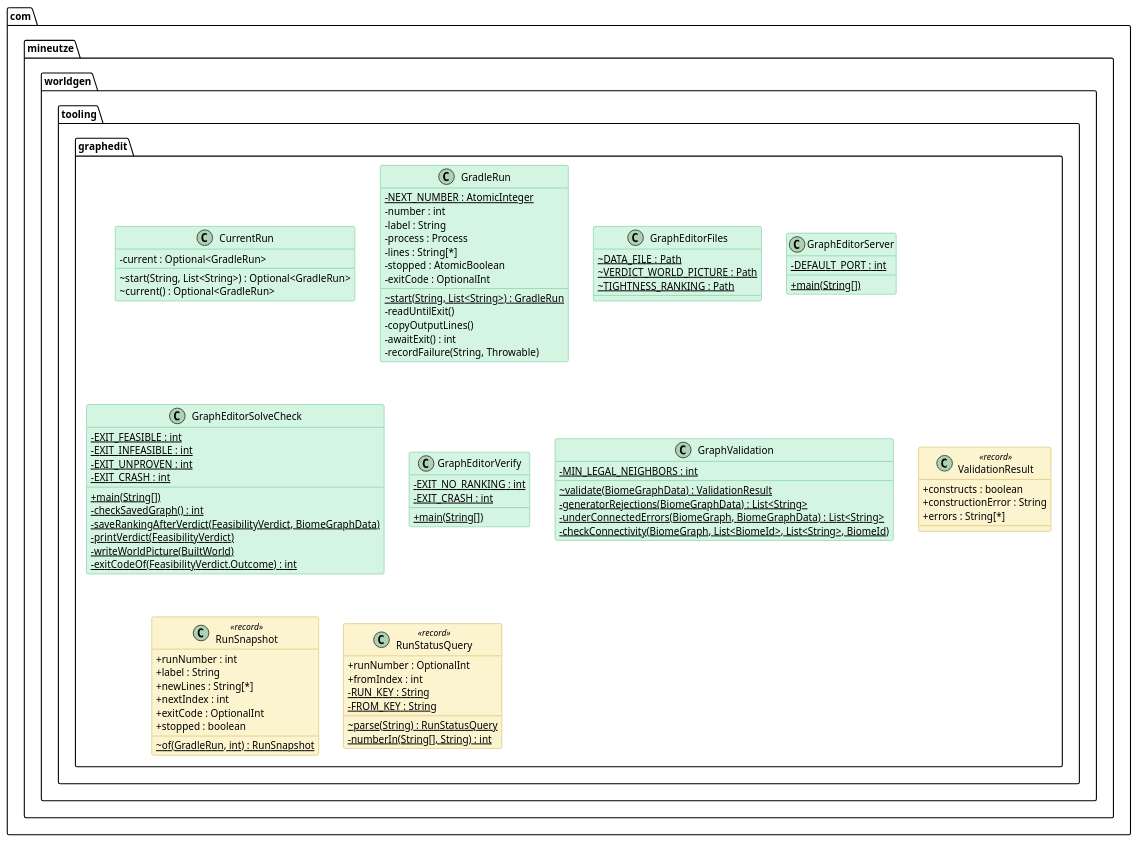
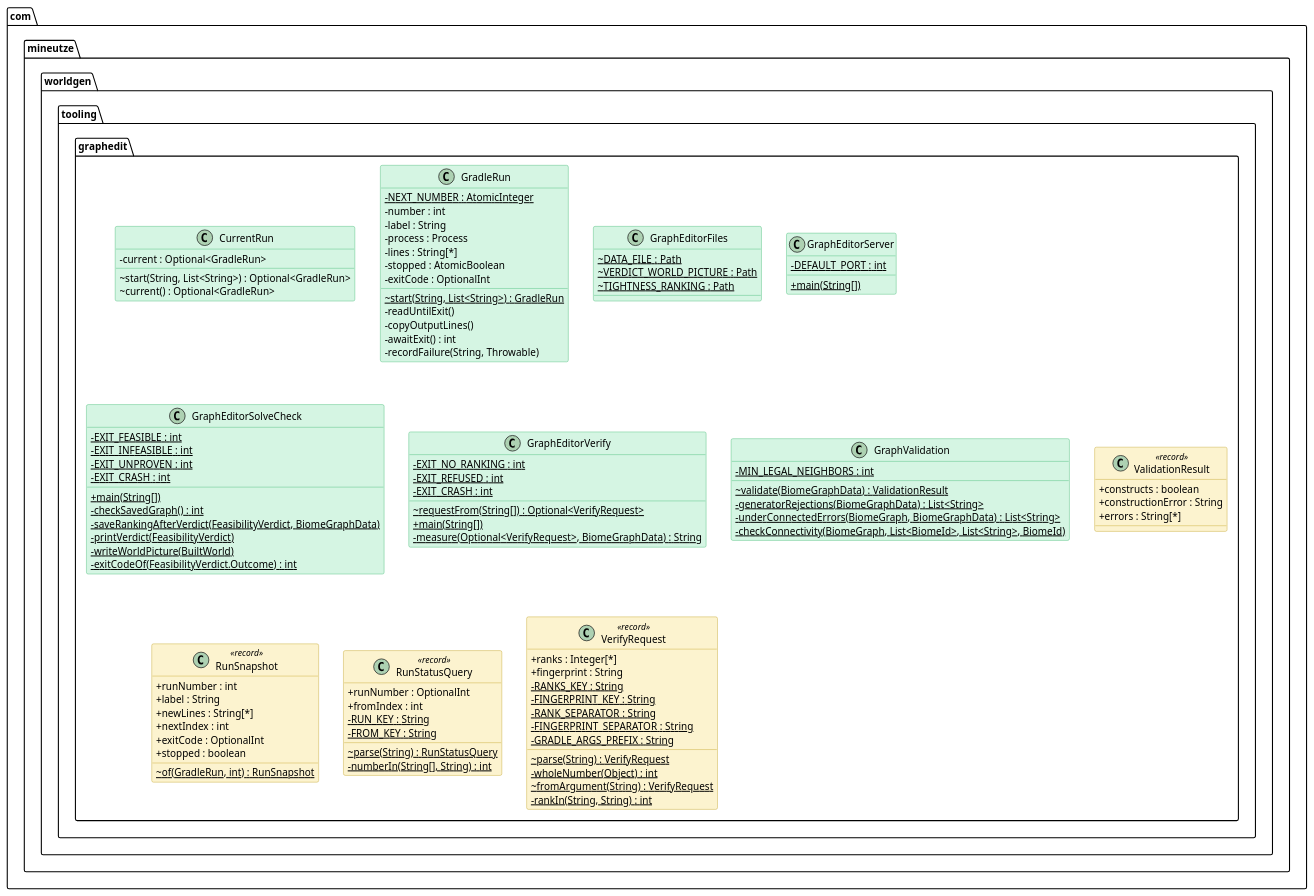
One commit to Boulede987/Mine-Utz changed the diagram in companion-mods/mineutze-worldgen/doc/Modelisation/Packages/graphedit.puml. Above: the diagram before and after it, drawn with PlantUML. The commit also changed 41 other files, not shown here.

Commit message:
docs(worldgen): regenerate class diagrams for Verify picks

```diff
--- a/companion-mods/mineutze-worldgen/doc/Modelisation/Packages/graphedit.puml
+++ b/companion-mods/mineutze-worldgen/doc/Modelisation/Packages/graphedit.puml
@@ -1,114 +1,130 @@
 @startuml graphedit
 
 skinparam classAttributeIconSize 0
 skinparam shadowing false
 
 skinparam class {
   BackgroundColor<<interface>> #D6EAF8
   BorderColor<<interface>> #2E86C1
 }
 skinparam class {
   BackgroundColor<<abstract>> #E8DAEF
   BorderColor<<abstract>> #8E44AD
 }
 skinparam class {
   BackgroundColor #D5F5E3
   BorderColor #27AE60
 }
 skinparam class {
   BackgroundColor<<record>> #FCF3CF
   BorderColor<<record>> #B7950B
 }
 skinparam class {
   BackgroundColor<<static>> #a7faa0
   BorderColor<<static>> #38d610
 }
 skinparam class {
   BackgroundColor<<enum>> #F5B7B1
   BorderColor<<enum>> #C0392B
 }
 
 skinparam class {
   BackgroundColor<<external>> #EAECEE
   BorderColor<<external>> #839192
 }
 
 namespace com.mineutze.worldgen.tooling.graphedit {
 class CurrentRun {
   - current : Optional<GradleRun>
   ~ start(String, List<String>) : Optional<GradleRun>
   ~ current() : Optional<GradleRun>
 }
 class GradleRun {
   - {static} NEXT_NUMBER : AtomicInteger
   - number : int
   - label : String
   - process : Process
   - lines : String[*]
   - stopped : AtomicBoolean
   - exitCode : OptionalInt
   ~ {static} start(String, List<String>) : GradleRun
   - readUntilExit()
   - copyOutputLines()
   - awaitExit() : int
   - recordFailure(String, Throwable)
 }
 class GraphEditorFiles {
   ~ {static} DATA_FILE : Path
   ~ {static} VERDICT_WORLD_PICTURE : Path
   ~ {static} TIGHTNESS_RANKING : Path
 }
 class GraphEditorServer {
   - {static} DEFAULT_PORT : int
   + {static} main(String[])
 }
 class GraphEditorSolveCheck {
   - {static} EXIT_FEASIBLE : int
   - {static} EXIT_INFEASIBLE : int
   - {static} EXIT_UNPROVEN : int
   - {static} EXIT_CRASH : int
   + {static} main(String[])
   - {static} checkSavedGraph() : int
   - {static} saveRankingAfterVerdict(FeasibilityVerdict, BiomeGraphData)
   - {static} printVerdict(FeasibilityVerdict)
   - {static} writeWorldPicture(BuiltWorld)
   - {static} exitCodeOf(FeasibilityVerdict.Outcome) : int
 }
 class GraphEditorVerify {
   - {static} EXIT_NO_RANKING : int
+  - {static} EXIT_REFUSED : int
   - {static} EXIT_CRASH : int
+  ~ {static} requestFrom(String[]) : Optional<VerifyRequest>
   + {static} main(String[])
+  - {static} measure(Optional<VerifyRequest>, BiomeGraphData) : String
 }
 class GraphValidation {
   - {static} MIN_LEGAL_NEIGHBORS : int
   ~ {static} validate(BiomeGraphData) : ValidationResult
   - {static} generatorRejections(BiomeGraphData) : List<String>
   - {static} underConnectedErrors(BiomeGraph, BiomeGraphData) : List<String>
   - {static} checkConnectivity(BiomeGraph, List<BiomeId>, List<String>, BiomeId)
 }
 class ValidationResult <<record>> {
   + constructs : boolean
   + constructionError : String
   + errors : String[*]
 }
 class RunSnapshot <<record>> {
   + runNumber : int
   + label : String
   + newLines : String[*]
   + nextIndex : int
   + exitCode : OptionalInt
   + stopped : boolean
   ~ {static} of(GradleRun, int) : RunSnapshot
 }
 class RunStatusQuery <<record>> {
   + runNumber : OptionalInt
   + fromIndex : int
   - {static} RUN_KEY : String
   - {static} FROM_KEY : String
   ~ {static} parse(String) : RunStatusQuery
   - {static} numberIn(String[], String) : int
 }
+class VerifyRequest <<record>> {
+  + ranks : Integer[*]
+  + fingerprint : String
+  - {static} RANKS_KEY : String
+  - {static} FINGERPRINT_KEY : String
+  - {static} RANK_SEPARATOR : String
+  - {static} FINGERPRINT_SEPARATOR : String
+  - {static} GRADLE_ARGS_PREFIX : String
+  ~ {static} parse(String) : VerifyRequest
+  - {static} wholeNumber(Object) : int
+  ~ {static} fromArgument(String) : VerifyRequest
+  - {static} rankIn(String, String) : int
+}
 }
 
 
 @enduml
```
